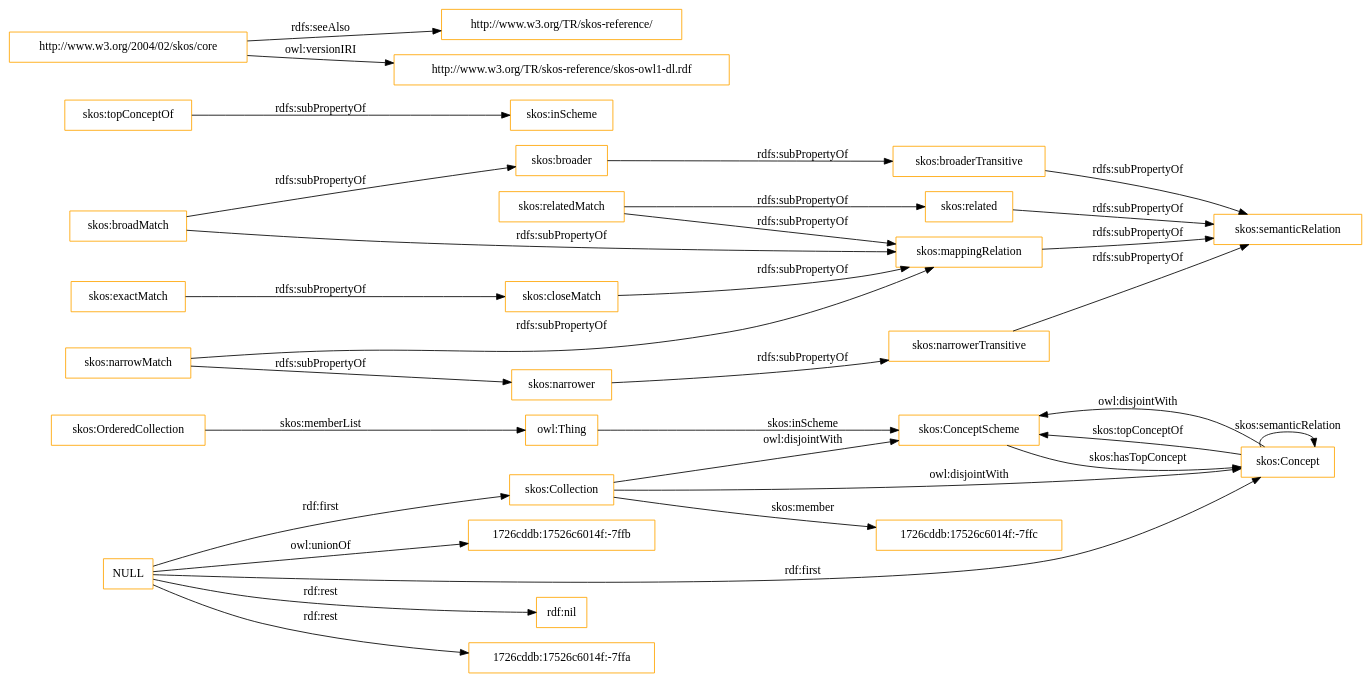
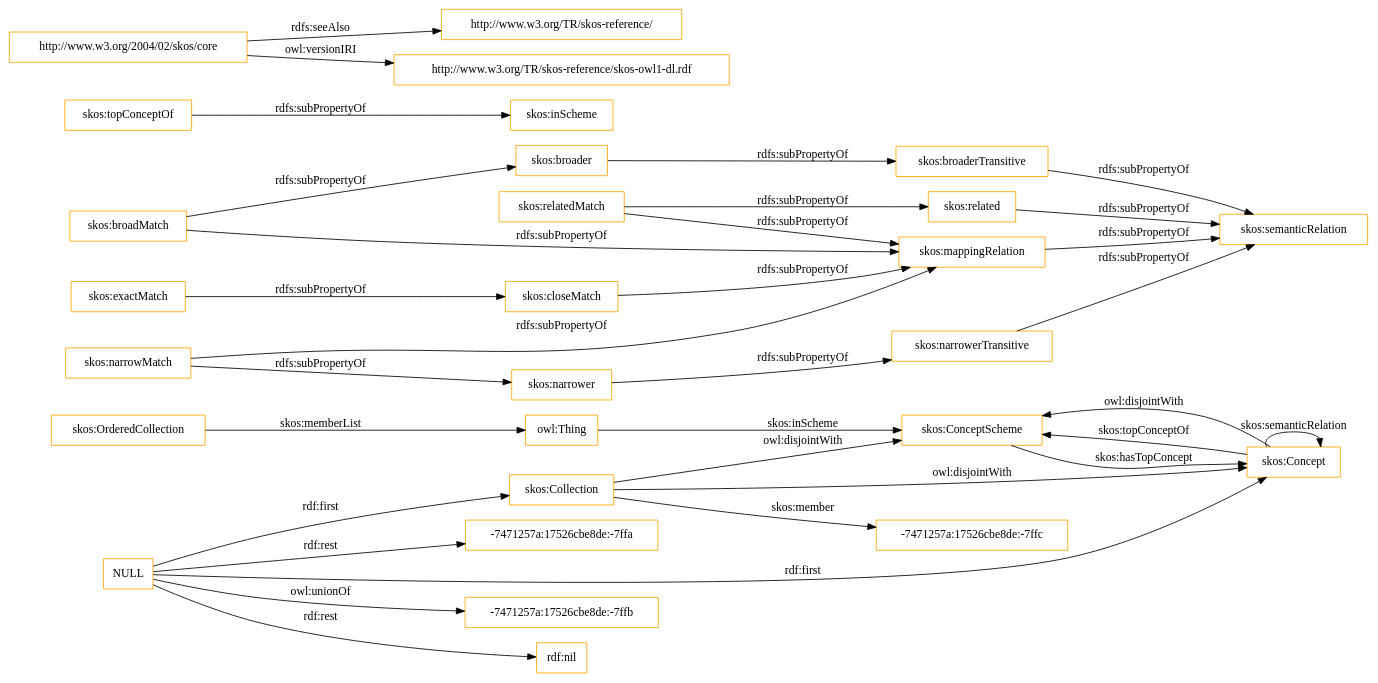
One commit to OnToologyUser/core-ontology-1 changed the diagram in OnToology/imports/skos.owl/diagrams/ar2dtool-class/skos.owl.png.dot. Above: the diagram before and after it, drawn with Graphviz. The commit also changed 14 other files, not shown here.

```diff
--- a/OnToology/imports/skos.owl/diagrams/ar2dtool-class/skos.owl.png.dot
+++ b/OnToology/imports/skos.owl/diagrams/ar2dtool-class/skos.owl.png.dot
@@ -1,37 +1,37 @@
 digraph ar2dtool_diagram { 
 rankdir=LR;
 size="1501"
-node [shape = rectangle, color="orange"]; "skos:OrderedCollection" "skos:ConceptScheme" "skos:Concept" "skos:Collection" "1726cddb:17526c6014f:-7ffc" ; /*classes style*/
+node [shape = rectangle, color="orange"]; "skos:OrderedCollection" "skos:ConceptScheme" "skos:Concept" "skos:Collection" "-7471257a:17526cbe8de:-7ffc" ; /*classes style*/
 	"skos:narrowerTransitive" -> "skos:semanticRelation" [ label = "rdfs:subPropertyOf" ];
+	"NULL" -> "-7471257a:17526cbe8de:-7ffb" [ label = "owl:unionOf" ];
 	"NULL" -> "rdf:nil" [ label = "rdf:rest" ];
 	"NULL" -> "skos:Concept" [ label = "rdf:first" ];
-	"NULL" -> "1726cddb:17526c6014f:-7ffa" [ label = "rdf:rest" ];
+	"NULL" -> "-7471257a:17526cbe8de:-7ffa" [ label = "rdf:rest" ];
 	"NULL" -> "skos:Collection" [ label = "rdf:first" ];
-	"NULL" -> "1726cddb:17526c6014f:-7ffb" [ label = "owl:unionOf" ];
 	"skos:closeMatch" -> "skos:mappingRelation" [ label = "rdfs:subPropertyOf" ];
 	"skos:Concept" -> "skos:ConceptScheme" [ label = "owl:disjointWith" ];
 	"skos:relatedMatch" -> "skos:related" [ label = "rdfs:subPropertyOf" ];
 	"skos:relatedMatch" -> "skos:mappingRelation" [ label = "rdfs:subPropertyOf" ];
 	"skos:related" -> "skos:semanticRelation" [ label = "rdfs:subPropertyOf" ];
 	"skos:topConceptOf" -> "skos:inScheme" [ label = "rdfs:subPropertyOf" ];
 	"skos:broadMatch" -> "skos:mappingRelation" [ label = "rdfs:subPropertyOf" ];
 	"skos:broadMatch" -> "skos:broader" [ label = "rdfs:subPropertyOf" ];
 	"skos:exactMatch" -> "skos:closeMatch" [ label = "rdfs:subPropertyOf" ];
 	"skos:broaderTransitive" -> "skos:semanticRelation" [ label = "rdfs:subPropertyOf" ];
 	"skos:broader" -> "skos:broaderTransitive" [ label = "rdfs:subPropertyOf" ];
 	"skos:mappingRelation" -> "skos:semanticRelation" [ label = "rdfs:subPropertyOf" ];
 	"http://www.w3.org/2004/02/skos/core" -> "http://www.w3.org/TR/skos-reference/" [ label = "rdfs:seeAlso" ];
 	"http://www.w3.org/2004/02/skos/core" -> "http://www.w3.org/TR/skos-reference/skos-owl1-dl.rdf" [ label = "owl:versionIRI" ];
 	"skos:Collection" -> "skos:ConceptScheme" [ label = "owl:disjointWith" ];
 	"skos:Collection" -> "skos:Concept" [ label = "owl:disjointWith" ];
 	"skos:narrower" -> "skos:narrowerTransitive" [ label = "rdfs:subPropertyOf" ];
 	"skos:narrowMatch" -> "skos:narrower" [ label = "rdfs:subPropertyOf" ];
 	"skos:narrowMatch" -> "skos:mappingRelation" [ label = "rdfs:subPropertyOf" ];
 	"skos:OrderedCollection" -> "owl:Thing" [ label = "skos:memberList" ];
 	"skos:Concept" -> "skos:ConceptScheme" [ label = "skos:topConceptOf" ];
 	"skos:Concept" -> "skos:Concept" [ label = "skos:semanticRelation" ];
-	"skos:Collection" -> "1726cddb:17526c6014f:-7ffc" [ label = "skos:member" ];
+	"skos:Collection" -> "-7471257a:17526cbe8de:-7ffc" [ label = "skos:member" ];
 	"skos:ConceptScheme" -> "skos:Concept" [ label = "skos:hasTopConcept" ];
 	"owl:Thing" -> "skos:ConceptScheme" [ label = "skos:inScheme" ];
 
 }
```
